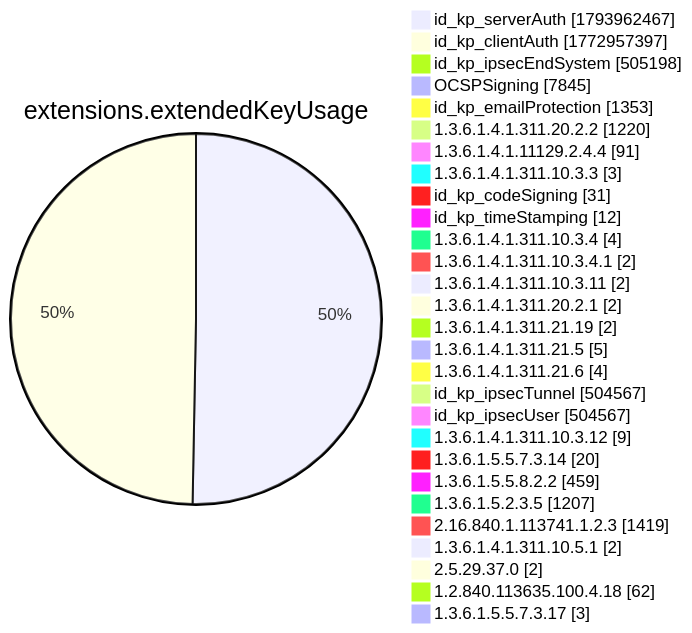
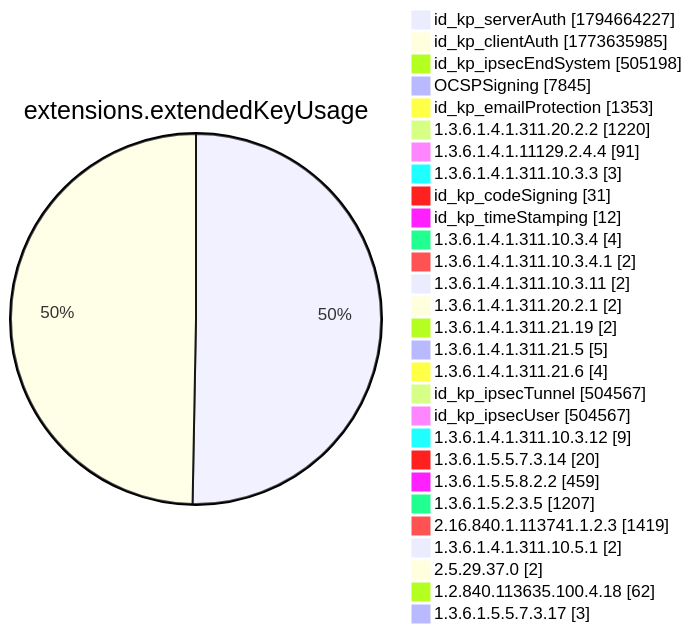
Diagram 12 of 15 in xenon2022/README.md (christiankrug/ctmonitor_visualization), drawn with Mermaid before and after one commit. The commit also changed other lines of this file, not shown here.

````diff
--- a/xenon2022/README.md
+++ b/xenon2022/README.md
@@ -3895,32 +3895,32 @@
 ```mermaid
 pie showData
 title extensions.extendedKeyUsage
-"id_kp_serverAuth" :1793962467
-"id_kp_clientAuth" :1772957397
+"id_kp_serverAuth" :1794664227
+"id_kp_clientAuth" :1773635985
 "id_kp_ipsecEndSystem" :505198
 "OCSPSigning" :7845
 "id_kp_emailProtection" :1353
 "1.3.6.1.4.1.311.20.2.2" :1220
 "1.3.6.1.4.1.11129.2.4.4" :91
 "1.3.6.1.4.1.311.10.3.3" :3
 "id_kp_codeSigning" :31
 "id_kp_timeStamping" :12
 "1.3.6.1.4.1.311.10.3.4" :4
 "1.3.6.1.4.1.311.10.3.4.1" :2
 "1.3.6.1.4.1.311.10.3.11" :2
 "1.3.6.1.4.1.311.20.2.1" :2
 "1.3.6.1.4.1.311.21.19" :2
 "1.3.6.1.4.1.311.21.5" :5
 "1.3.6.1.4.1.311.21.6" :4
 "id_kp_ipsecTunnel" :504567
 "id_kp_ipsecUser" :504567
 "1.3.6.1.4.1.311.10.3.12" :9
 "1.3.6.1.5.5.7.3.14" :20
 "1.3.6.1.5.5.8.2.2" :459
 "1.3.6.1.5.2.3.5" :1207
 "2.16.840.1.113741.1.2.3" :1419
 "1.3.6.1.4.1.311.10.5.1" :2
 "2.5.29.37.0" :2
 "1.2.840.113635.100.4.18" :62
 "1.3.6.1.5.5.7.3.17" :3
 ```
````
